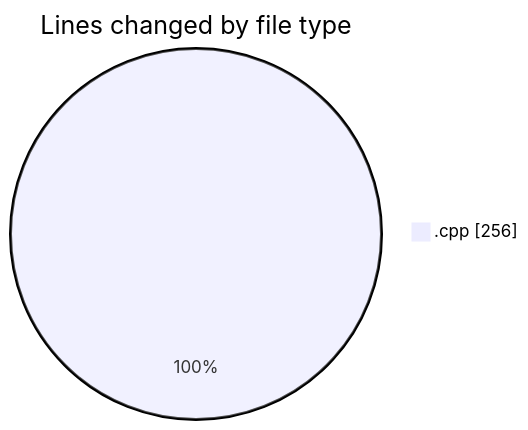
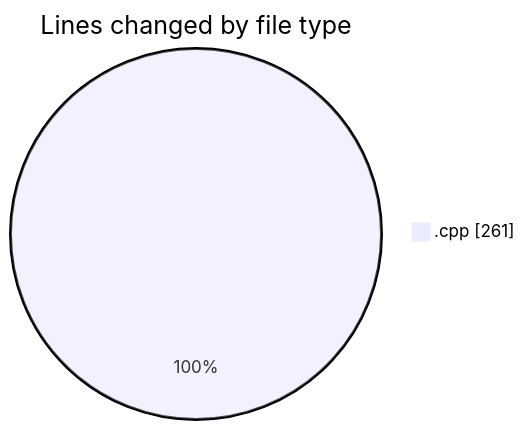
The first of 2 diagrams in 2025-04-24/echo/README.md (Netris89/code-tracking), drawn with Mermaid before and after one commit. The commit also changed other lines of this file and 1 other file, not shown here.

````diff
--- a/2025-04-24/echo/README.md
+++ b/2025-04-24/echo/README.md
@@ -20,5 +20,5 @@
 ```mermaid
 pie showData
 title Lines changed by file type
-".cpp" : 256
+".cpp" : 261
 ```
````
